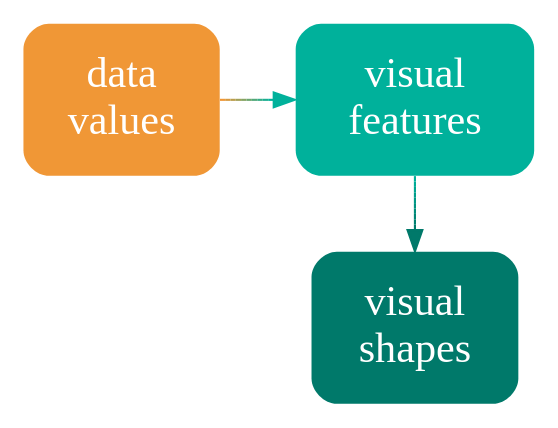
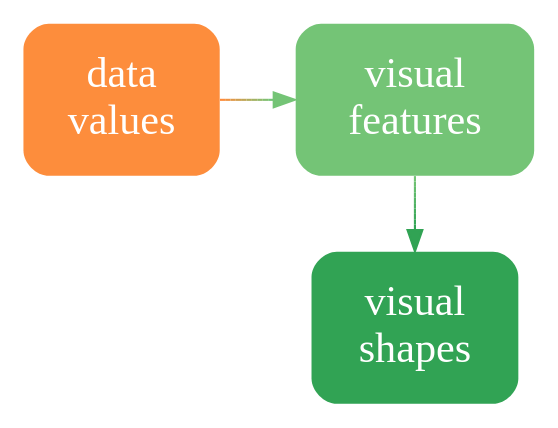
Before and after one commit to pmur002/hdvw: the diagram in Diagrams/data-vis-shape.dot, drawn with Graphviz. The commit also changed 676 other files, not shown here.

```diff
--- a/Diagrams/data-vis-shape.dot
+++ b/Diagrams/data-vis-shape.dot
@@ -1,12 +1,12 @@
 digraph {
   graph [ rankdir=LR; margin=.2; nodesep=.5 ];
   node [ fontsize=20; fontname="sans bold"; margin=.2 ];
-  data [ label="data\nvalues"; shape=box; style="filled, rounded"; penwidth=0; fontcolor=white; fillcolor="#F09736" ]
+  data [ label="data\nvalues"; shape=box; style="filled, rounded"; penwidth=0; fontcolor=white; fillcolor="#FD8D3C" ]
   vis [ label="visual\nfeatures"; shape=box;
-     style="filled, rounded"; penwidth=0; fontcolor=white; fillcolor="#00B19B" ]
+     style="filled, rounded"; penwidth=0; fontcolor=white; fillcolor="#74C476" ]
   shape [ label="visual\nshapes"; shape=box;
-       style="filled, rounded"; penwidth=0; fontcolor=white; fillcolor="#00796A" ]
-  data -> vis [ color="#F09736;0.1:#D59A41;0.1:#BB9D4C;0.1:#A0A058;0.1:#85A363;0.1:#6BA56E;0.1:#50A879;0.1:#35AB85;0.1:#1BAE90;0.1:#00B19B;0.1" ]
-  vis -> shape [ color="#00B19B;0.1:#00AB96;0.1:#00A590;0.1:#009E8B;0.1:#009885;0.1:#009280;0.1:#008C7A;0.1:#008575;0.1:#007F6F;0.1:#00796A;0.1" ]
+       style="filled, rounded"; penwidth=0; fontcolor=white; fillcolor="#31A354" ]
+  data -> vis [ color="#FD8D3C;0.1:#EE9342;0.1:#DF9949;0.1:#CF9F4F;0.1:#C0A556;0.1:#B1AC5C;0.1:#A2B263;0.1:#92B869;0.1:#83BE70;0.1:#74C476;0.1" ]
+  vis -> shape [ color="#74C476;0.1:#6DC072;0.1:#65BD6E;0.1:#5EB96B;0.1:#56B567;0.1:#4FB263;0.1:#47AE5F;0.1:#40AA5C;0.1:#38A758;0.1:#31A354;0.1" ]
 { rank=same; vis, shape }
 }
```
